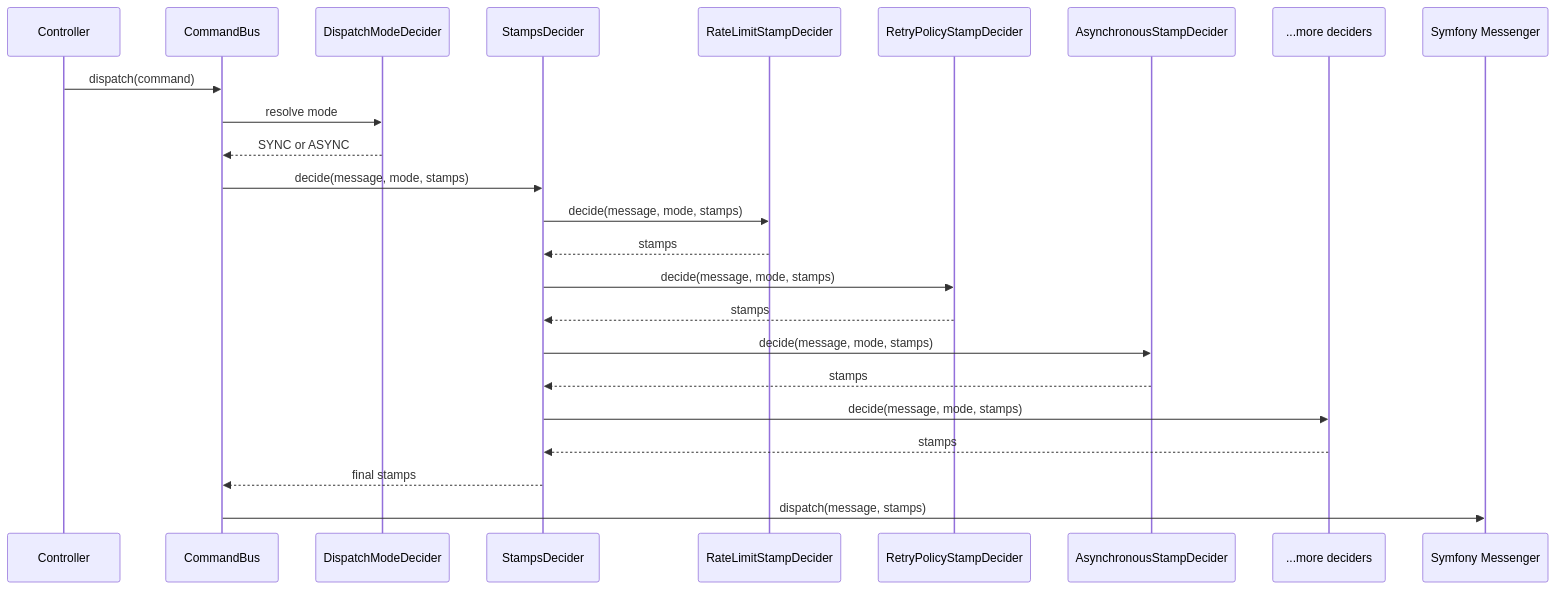
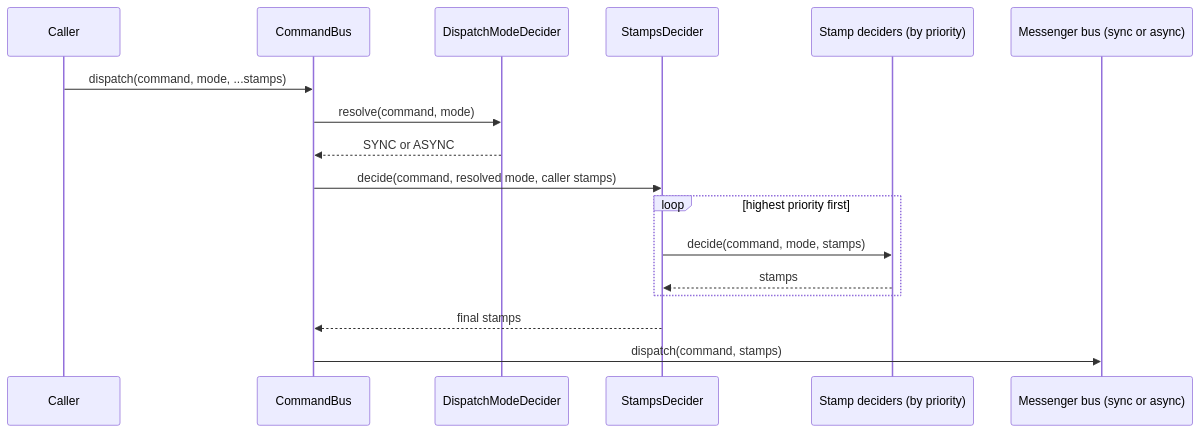
Before and after one commit to somework/cqrs: the diagram in docs/middleware.md, drawn with Mermaid. The commit also changed other lines of this file and 35 other files, not shown here.

````diff
--- a/docs/middleware.md
+++ b/docs/middleware.md
@@ -16,27 +20,20 @@
 ```mermaid
 sequenceDiagram
-    participant C as Controller
+    participant C as Caller
     participant B as CommandBus
     participant D as DispatchModeDecider
     participant S as StampsDecider
-    participant SD1 as RateLimitStampDecider
-    participant SD2 as RetryPolicyStampDecider
-    participant SD3 as AsynchronousStampDecider
-    participant SDn as ...more deciders
-    participant M as Symfony Messenger
+    participant SD as Stamp deciders (by priority)
+    participant M as Messenger bus (sync or async)
 
-    C->>B: dispatch(command)
-    B->>D: resolve mode
+    C->>B: dispatch(command, mode, ...stamps)
+    B->>D: resolve(command, mode)
     D-->>B: SYNC or ASYNC
-    B->>S: decide(message, mode, stamps)
-    S->>SD1: decide(message, mode, stamps)
-    SD1-->>S: stamps
-    S->>SD2: decide(message, mode, stamps)
-    SD2-->>S: stamps
-    S->>SD3: decide(message, mode, stamps)
-    SD3-->>S: stamps
-    S->>SDn: decide(message, mode, stamps)
-    SDn-->>S: stamps
+    B->>S: decide(command, resolved mode, caller stamps)
+    loop highest priority first
+        S->>SD: decide(command, mode, stamps)
+        SD-->>S: stamps
+    end
     S-->>B: final stamps
-    B->>M: dispatch(message, stamps)
+    B->>M: dispatch(command, stamps)
 ```
````
